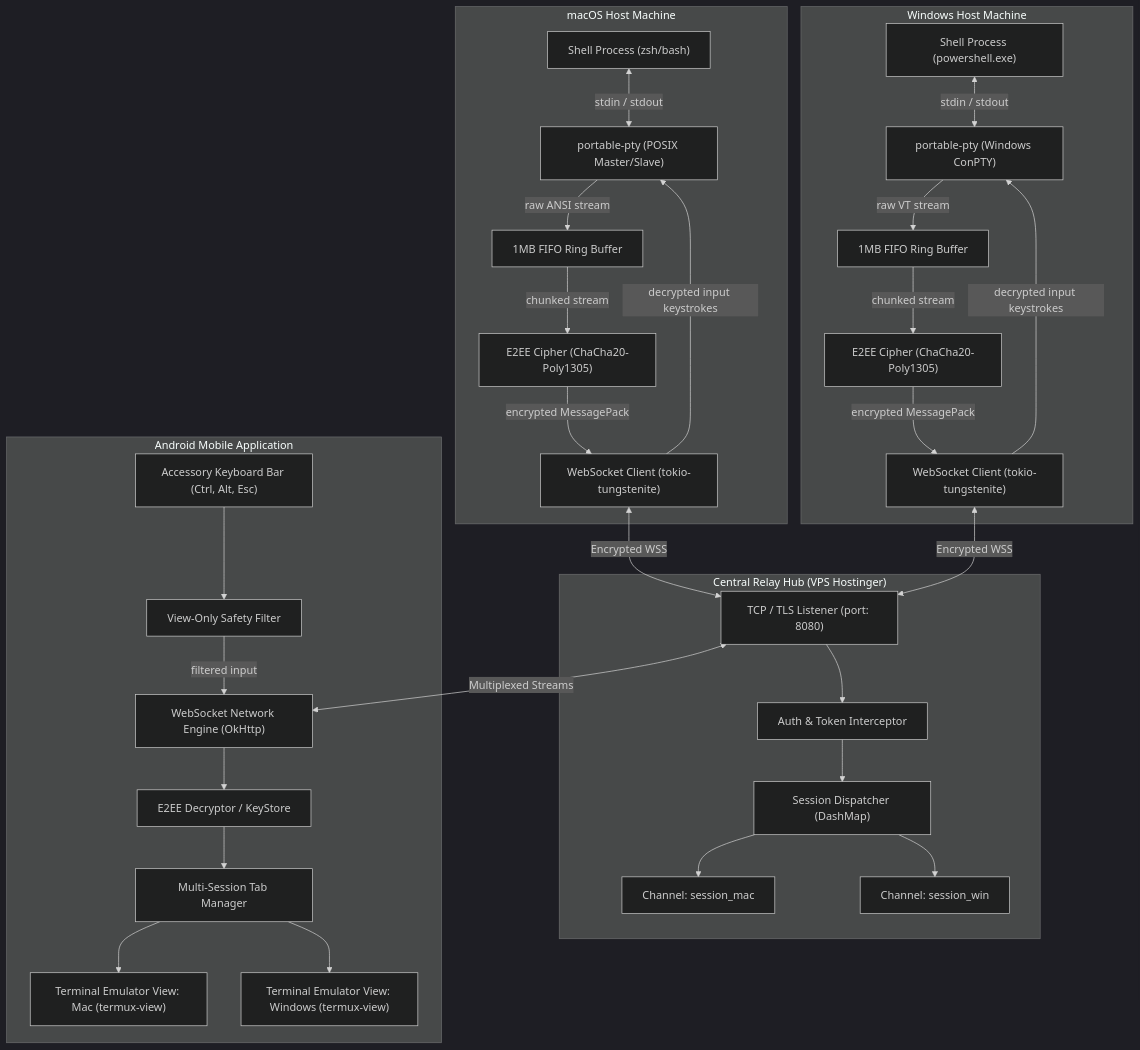
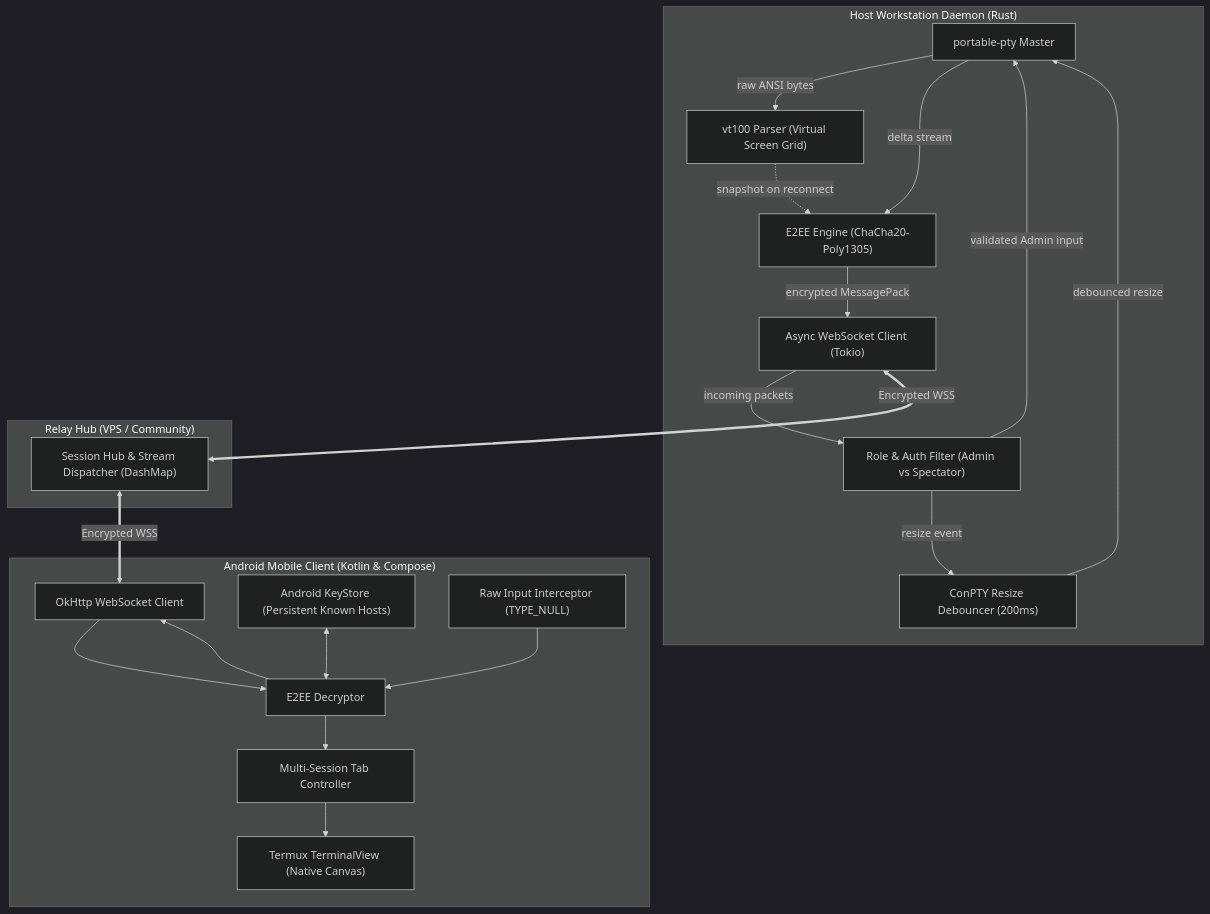
One commit to mufidhadi/terminal-mirror changed the second of 4 diagrams in docs/ARCHITECTURE_DIAGRAM.md. Above: the diagram before and after it, drawn with Mermaid (dark theme). The commit also changed other lines of this file and 14 other files, not shown here.

````diff
--- a/docs/ARCHITECTURE_DIAGRAM.md
+++ b/docs/ARCHITECTURE_DIAGRAM.md
@@ -47,64 +46,43 @@
 ```mermaid
 graph TD
-    subgraph macOS_Host["macOS Host Machine"]
-        ShellMac["Shell Process (zsh/bash)"]
-        PTYMac["portable-pty (POSIX Master/Slave)"]
-        RingBufMac["1MB FIFO Ring Buffer"]
-        CryptoMac["E2EE Cipher (ChaCha20-Poly1305)"]
-        WSClientMac["WebSocket Client (tokio-tungstenite)"]
+    subgraph Host_Daemon["Host Workstation Daemon (Rust)"]
+        PTY["portable-pty Master"]
+        VTGrid["vt100 Parser (Virtual Screen Grid)"]
+        Debouncer["ConPTY Resize Debouncer (200ms)"]
+        RBAC["Role & Auth Filter (Admin vs Spectator)"]
+        CryptoEngine["E2EE Engine (ChaCha20-Poly1305)"]
+        WSTransport["Async WebSocket Client (Tokio)"]
 
-        ShellMac <-->|stdin / stdout| PTYMac
-        PTYMac -->|raw ANSI stream| RingBufMac
-        RingBufMac -->|chunked stream| CryptoMac
-        CryptoMac -->|encrypted MessagePack| WSClientMac
-        WSClientMac -->|decrypted input keystrokes| PTYMac
+        PTY -->|raw ANSI bytes| VTGrid
+        PTY -->|delta stream| CryptoEngine
+        VTGrid -.->|snapshot on reconnect| CryptoEngine
+        CryptoEngine -->|encrypted MessagePack| WSTransport
+        WSTransport -->|incoming packets| RBAC
+        RBAC -->|validated Admin input| PTY
+        RBAC -->|resize event| Debouncer
+        Debouncer -->|debounced resize| PTY
     end
 
-    subgraph Windows_Host["Windows Host Machine"]
-        ShellWin["Shell Process (powershell.exe)"]
-        ConPTYWin["portable-pty (Windows ConPTY)"]
-        RingBufWin["1MB FIFO Ring Buffer"]
-        CryptoWin["E2EE Cipher (ChaCha20-Poly1305)"]
-        WSClientWin["WebSocket Client (tokio-tungstenite)"]
-
-        ShellWin <-->|stdin / stdout| ConPTYWin
-        ConPTYWin -->|raw VT stream| RingBufWin
-        RingBufWin -->|chunked stream| CryptoWin
-        CryptoWin -->|encrypted MessagePack| WSClientWin
-        WSClientWin -->|decrypted input keystrokes| ConPTYWin
+    subgraph Relay_Server["Relay Hub (VPS / Community)"]
+        Router["Session Hub & Stream Dispatcher (DashMap)"]
     end
 
-    subgraph VPS_Relay["Central Relay Hub (VPS Hostinger)"]
-        Listener["TCP / TLS Listener (port: 8080)"]
-        AuthInterceptor["Auth & Token Interceptor"]
-        SessionHub["Session Dispatcher (DashMap)"]
-        BrodcastMac["Channel: session_mac"]
-        BrodcastWin["Channel: session_win"]
+    subgraph Android_Client["Android Mobile Client (Kotlin & Compose)"]
+        WSClient["OkHttp WebSocket Client"]
+        KeyStore["Android KeyStore (Persistent Known Hosts)"]
+        Decryptor["E2EE Decryptor"]
+        TabManager["Multi-Session Tab Controller"]
+        TermRenderer["Termux TerminalView (Native Canvas)"]
+        RawKeyIME["Raw Input Interceptor (TYPE_NULL)"]
 
-        Listener --> AuthInterceptor
-        AuthInterceptor --> SessionHub
-        SessionHub --> BrodcastMac
-        SessionHub --> BrodcastWin
+        WSClient --> Decryptor
+        Decryptor --> TabManager
+        TabManager --> TermRenderer
+        RawKeyIME --> Decryptor
+        Decryptor --> WSClient
+        KeyStore <--> Decryptor
     end
 
-    subgraph Android_Client["Android Mobile Application"]
-        WSClientDroid["WebSocket Network Engine (OkHttp)"]
-        CryptoDroid["E2EE Decryptor / KeyStore"]
-        TabController["Multi-Session Tab Manager"]
-        TermViewMac["Terminal Emulator View: Mac (termux-view)"]
-        TermViewWin["Terminal Emulator View: Windows (termux-view)"]
-        KeyBar["Accessory Keyboard Bar (Ctrl, Alt, Esc)"]
-        LockGuard["View-Only Safety Filter"]
-
-        WSClientDroid --> CryptoDroid
-        CryptoDroid --> TabController
-        TabController --> TermViewMac
-        TabController --> TermViewWin
-        KeyBar --> LockGuard
-        LockGuard -->|filtered input| WSClientDroid
-    end
-
-    WSClientMac <-->|Encrypted WSS| Listener
-    WSClientWin <-->|Encrypted WSS| Listener
-    Listener <-->|Multiplexed Streams| WSClientDroid
+    WSTransport <==>|Encrypted WSS| Router
+    Router <==>|Encrypted WSS| WSClient
 ```
````
